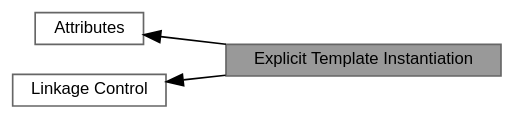
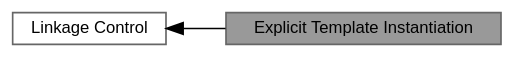
One commit to ekmett/ein changed the diagram in group__instantiation__attributes.dot. Above: the diagram before and after it, drawn with Graphviz. The commit also changed 224 other files, not shown here.

```diff
--- a/group__instantiation__attributes.dot
+++ b/group__instantiation__attributes.dot
@@ -1,14 +1,12 @@
 digraph "Explicit Template Instantiation"
 {
  // INTERACTIVE_SVG=YES
  // LATEX_PDF_SIZE
   bgcolor="transparent";
   edge [fontname=Helvetica,fontsize=10,labelfontname=Helvetica,labelfontsize=10];
   node [fontname=Helvetica,fontsize=10,shape=box,height=0.2,width=0.4];
   rankdir=LR;
-  Node2 [id="Node000002",label="Attributes",height=0.2,width=0.4,color="grey40", fillcolor="white", style="filled",URL="$group__attributes.html",tooltip="macros used to provide useful attributes"];
   Node1 [id="Node000001",label="Explicit Template Instantiation",height=0.2,width=0.4,color="gray40", fillcolor="grey60", style="filled", fontcolor="black",tooltip=" "];
-  Node3 [id="Node000003",label="Linkage Control",height=0.2,width=0.4,color="grey40", fillcolor="white", style="filled",URL="$group__linkage__attributes.html",tooltip=" "];
+  Node2 [id="Node000002",label="Linkage Control",height=0.2,width=0.4,color="grey40", fillcolor="white", style="filled",URL="$group__linkage__attributes.html",tooltip=" "];
   Node2->Node1 [shape=plaintext, dir="back", style="solid"];
-  Node3->Node1 [shape=plaintext, dir="back", style="solid"];
 }
```
